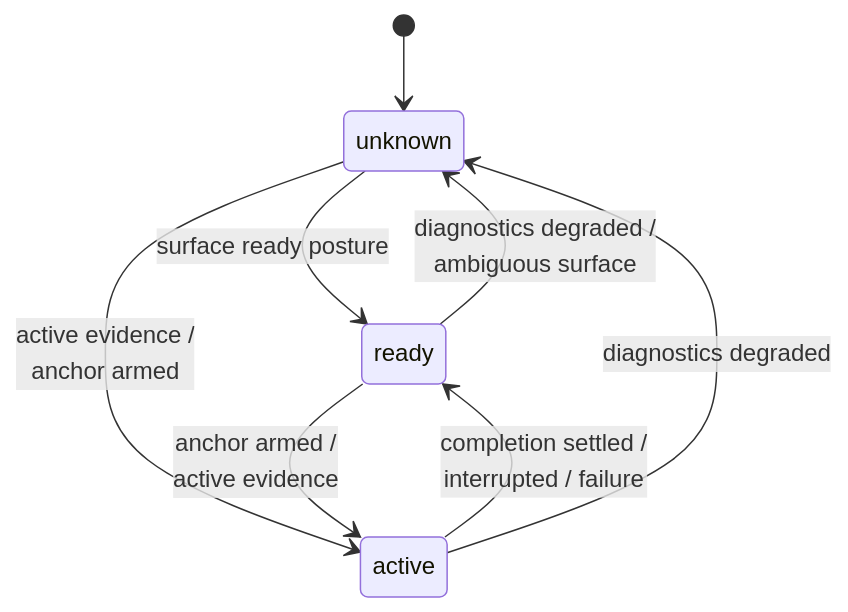
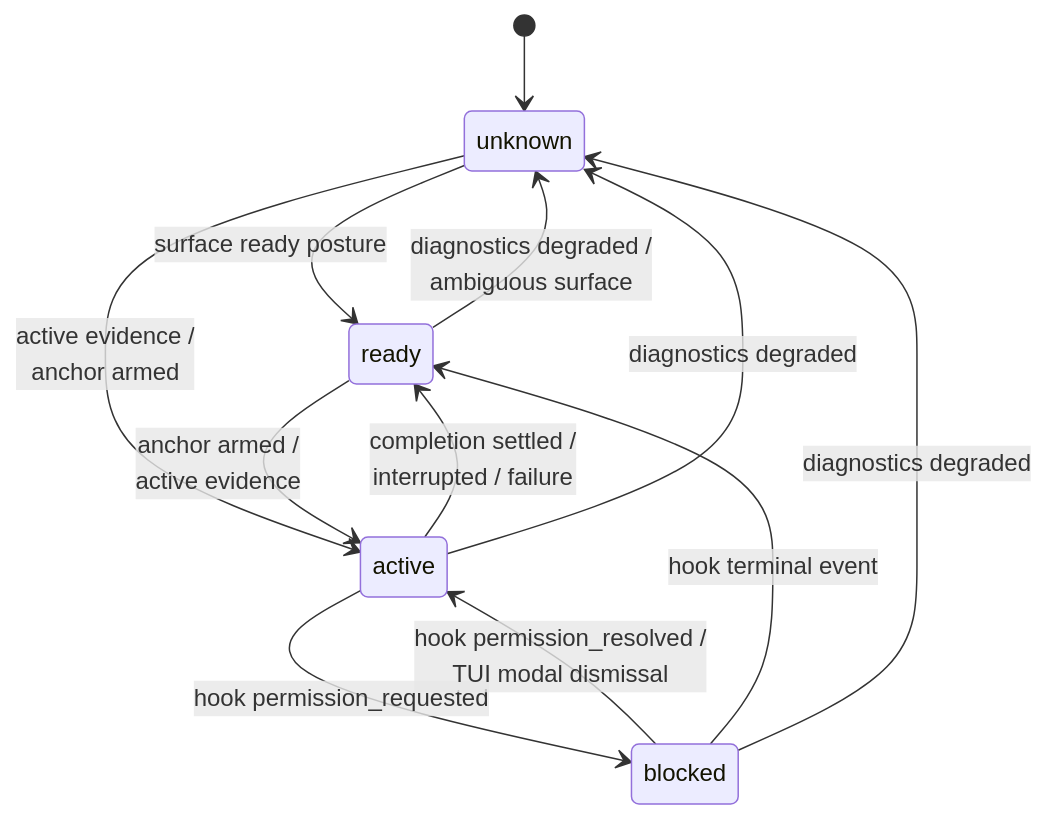
One commit to igamenovoer/houmao changed the second of 3 diagrams in docs/developer/houmao-server/state-reference.md. Above: the diagram before and after it, drawn with Mermaid. The commit also changed other lines of this file and 10 other files, not shown here.

Commit message:
fix: constrain TUI interrupt override by turn epoch, detect collector stop, persist hook latch through staleness

````diff
--- a/docs/developer/houmao-server/state-reference.md
+++ b/docs/developer/houmao-server/state-reference.md
@@ -211,10 +213,14 @@
 ```mermaid
 stateDiagram-v2
     [*] --> unknown
     unknown --> ready : surface ready posture
     unknown --> active : active evidence /<br/>anchor armed
     ready --> active : anchor armed /<br/>active evidence
     active --> ready : completion settled /<br/>interrupted / failure
     active --> unknown : diagnostics degraded
     ready --> unknown : diagnostics degraded /<br/>ambiguous surface
+    active --> blocked : hook permission_requested
+    blocked --> active : hook permission_resolved /<br/>TUI modal dismissal
+    blocked --> ready : hook terminal event
+    blocked --> unknown : diagnostics degraded
 ```
````
